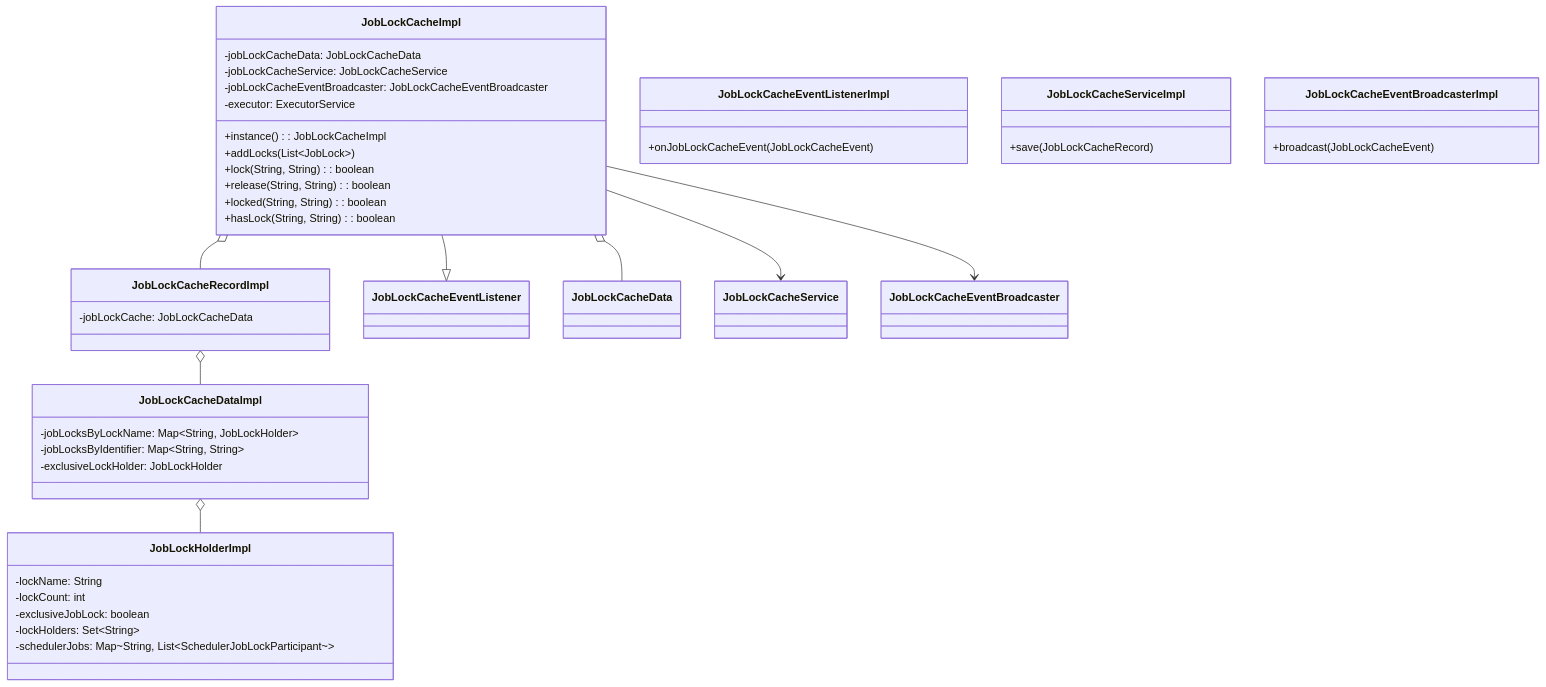
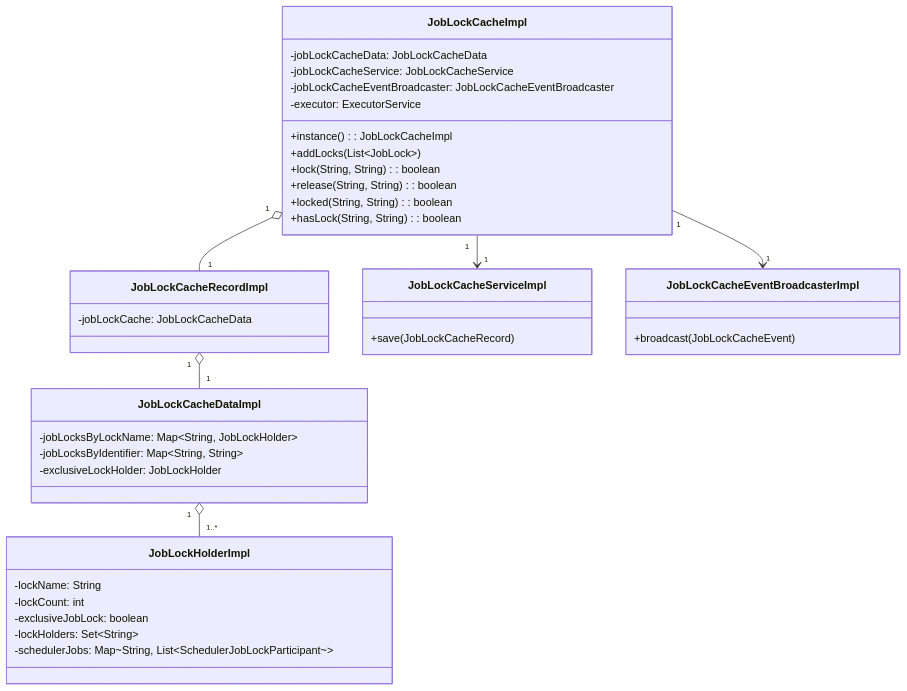
Before and after one commit to ikasanEIP/ikasan: the diagram in ikasaneip/visualisation/ikasan-scheduler/dashboard/job-lock-cache/README.md, drawn with Mermaid.

Commit message:
IKASAN-2617 tidying up diagram

````diff
--- a/ikasaneip/visualisation/ikasan-scheduler/dashboard/job-lock-cache/README.md
+++ b/ikasaneip/visualisation/ikasan-scheduler/dashboard/job-lock-cache/README.md
@@ -9,54 +9,47 @@
 ```mermaid
 classDiagram
     class JobLockCacheImpl {
         -jobLockCacheData: JobLockCacheData
         -jobLockCacheService: JobLockCacheService
         -jobLockCacheEventBroadcaster: JobLockCacheEventBroadcaster
         -executor: ExecutorService
         +instance(): JobLockCacheImpl
         +addLocks(List~JobLock~)
         +lock(String, String): boolean
         +release(String, String): boolean
         +locked(String, String): boolean
         +hasLock(String, String): boolean
     }
 
     class JobLockCacheDataImpl {
         -jobLocksByLockName: Map~String, JobLockHolder~
         -jobLocksByIdentifier: Map~String, String~
         -exclusiveLockHolder: JobLockHolder
     }
 
     class JobLockHolderImpl {
         -lockName: String
         -lockCount: int
         -exclusiveJobLock: boolean
         -lockHolders: Set~String~
         -schedulerJobs: Map~String, List~SchedulerJobLockParticipant~~
     }
     
     class JobLockCacheRecordImpl {
         -jobLockCache: JobLockCacheData
     }
-
-
-    class JobLockCacheEventListenerImpl {
-        +onJobLockCacheEvent(JobLockCacheEvent)
-    }
    
     class JobLockCacheServiceImpl {
         +save(JobLockCacheRecord)
     }
     
     class JobLockCacheEventBroadcasterImpl {
         +broadcast(JobLockCacheEvent)
     }
 
-    JobLockCacheImpl --|> JobLockCacheEventListener
-    JobLockCacheImpl o-- JobLockCacheData
-    JobLockCacheImpl --> JobLockCacheService
-    JobLockCacheImpl --> JobLockCacheEventBroadcaster
-    JobLockCacheImpl o-- JobLockCacheRecordImpl
-    JobLockCacheRecordImpl o-- JobLockCacheDataImpl
-    JobLockCacheDataImpl o-- JobLockHolderImpl
+    JobLockCacheImpl "1" --> "1" JobLockCacheServiceImpl
+    JobLockCacheImpl "1" --> "1" JobLockCacheEventBroadcasterImpl
+    JobLockCacheImpl "1" o-- "1" JobLockCacheRecordImpl
+    JobLockCacheRecordImpl "1"  o-- "1" JobLockCacheDataImpl
+    JobLockCacheDataImpl "1" o-- "1..*" JobLockHolderImpl
 ```
````
